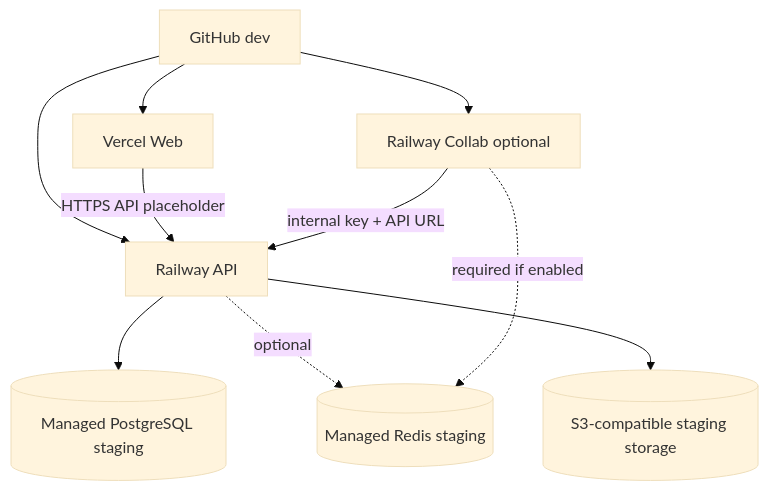
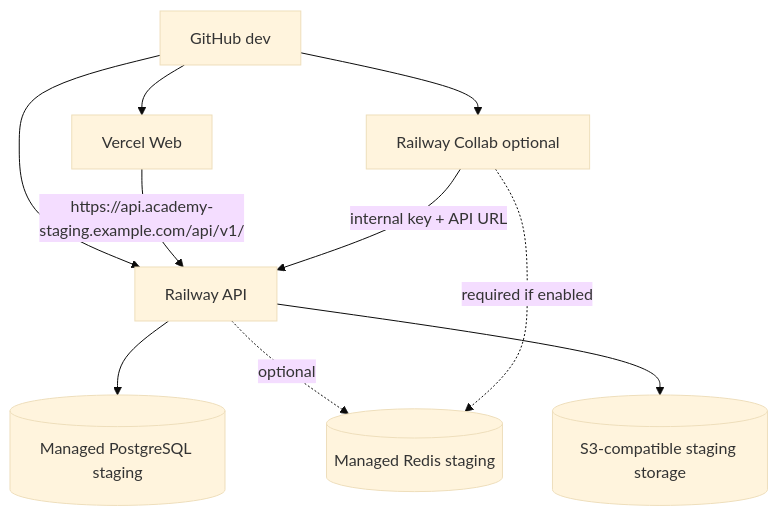
Before and after one commit to xpex-systems-ai/XPEX-ACADEMY: the diagram in docs/xpex/staging-configuration/PROVIDER_PLACEMENT.md, drawn with Mermaid (base theme). The commit also changed other lines of this file and 8 other files, not shown here.

````diff
--- a/docs/xpex/staging-configuration/PROVIDER_PLACEMENT.md
+++ b/docs/xpex/staging-configuration/PROVIDER_PLACEMENT.md
@@ -15,12 +15,12 @@
 ```mermaid
 flowchart TD
   GH[GitHub dev] --> V[Vercel Web]
   GH --> API[Railway API]
   GH --> C[Railway Collab optional]
-  V -->|HTTPS API placeholder| API
+  V -->|https://api.academy-staging.example.com/api/v1/| API
   C -->|internal key + API URL| API
   API --> PG[(Managed PostgreSQL staging)]
   API -. optional .-> R[(Managed Redis staging)]
   C -. required if enabled .-> R
   API --> S3[(S3-compatible staging storage)]
 ```
````
